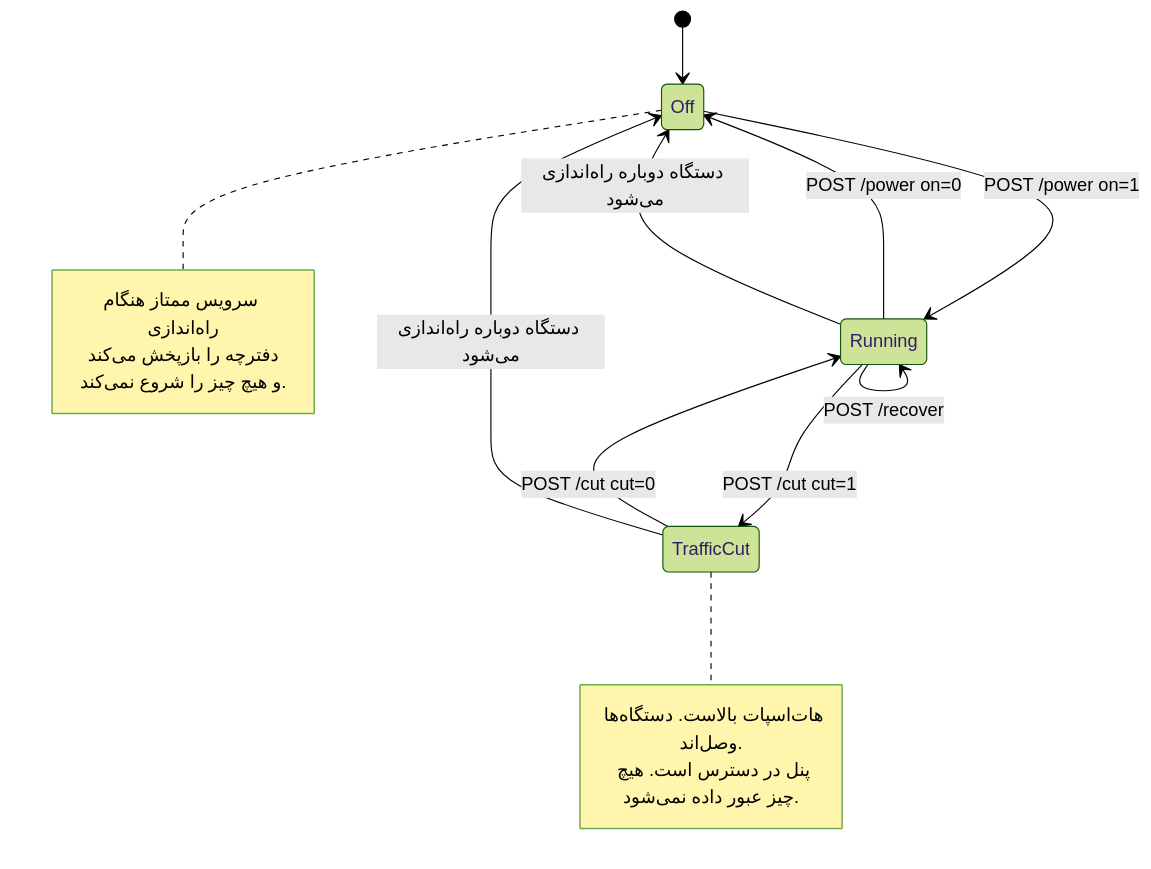
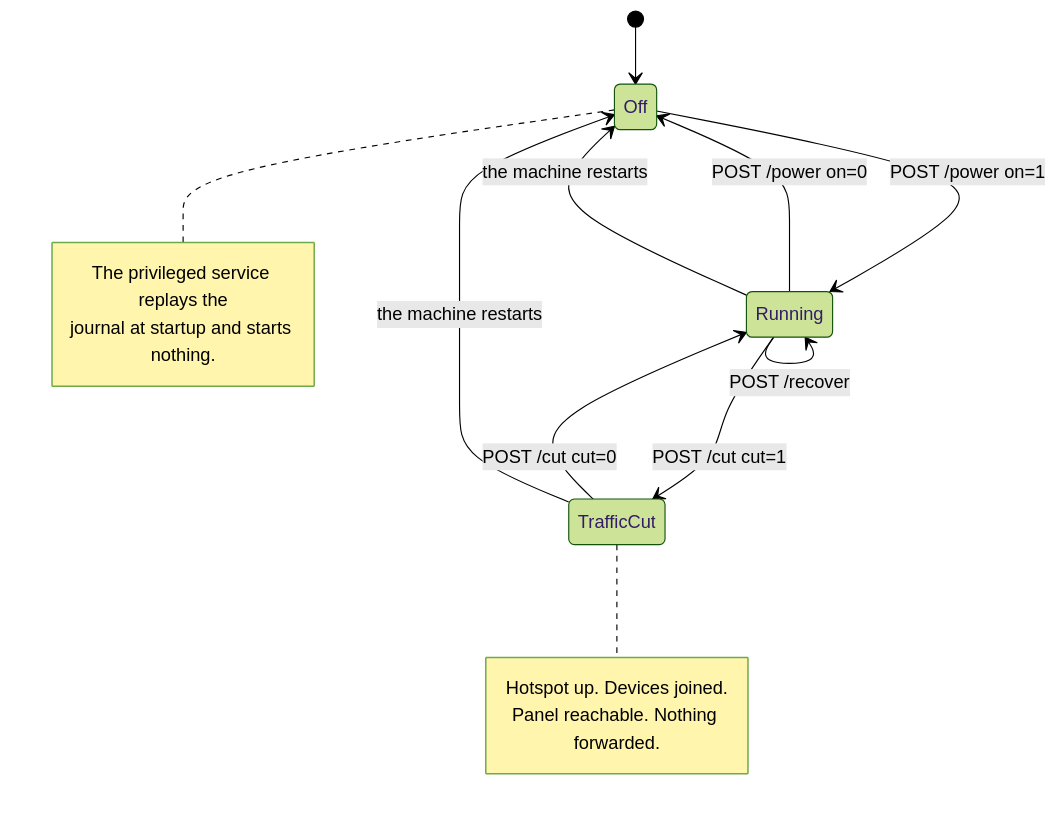
Before and after one commit to Iman/caspian: the diagram in docs/wiki/Panel-and-Configuration.fa.md, drawn with Mermaid (forest theme). The commit also changed other lines of this file and 149 other files, not shown here.

````diff
--- a/docs/wiki/Panel-and-Configuration.fa.md
+++ b/docs/wiki/Panel-and-Configuration.fa.md
@@ -27,21 +30,20 @@
 ```mermaid
 stateDiagram-v2
     [*] --> Off
     Off --> Running: POST /power on=1
     Running --> Off: POST /power on=0
     Running --> TrafficCut: POST /cut cut=1
     TrafficCut --> Running: POST /cut cut=0
     Running --> Running: POST /recover
-    TrafficCut --> Off: دستگاه دوباره راه‌اندازی می‌شود
-    Running --> Off: دستگاه دوباره راه‌اندازی می‌شود
+    TrafficCut --> Off: the machine restarts
+    Running --> Off: the machine restarts
 
     note right of Off
-        سرویس ممتاز هنگام راه‌اندازی
-        دفترچه را بازپخش می‌کند
-        و هیچ چیز را شروع نمی‌کند.
+        The privileged service replays the
+        journal at startup and starts nothing.
     end note
     note right of TrafficCut
-        هات‌اسپات بالاست. دستگاه‌ها وصل‌اند.
-        پنل در دسترس است. هیچ چیز عبور داده نمی‌شود.
+        Hotspot up. Devices joined.
+        Panel reachable. Nothing forwarded.
     end note
 ```
````
